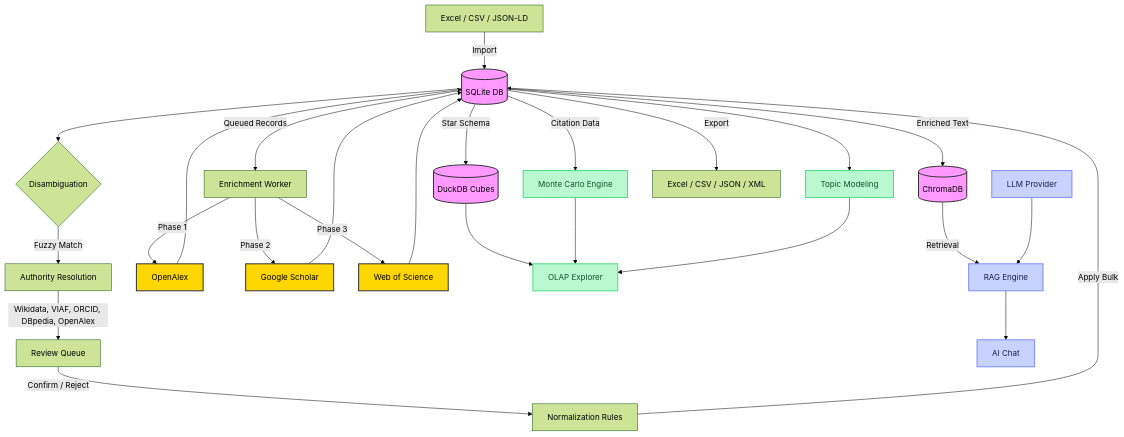
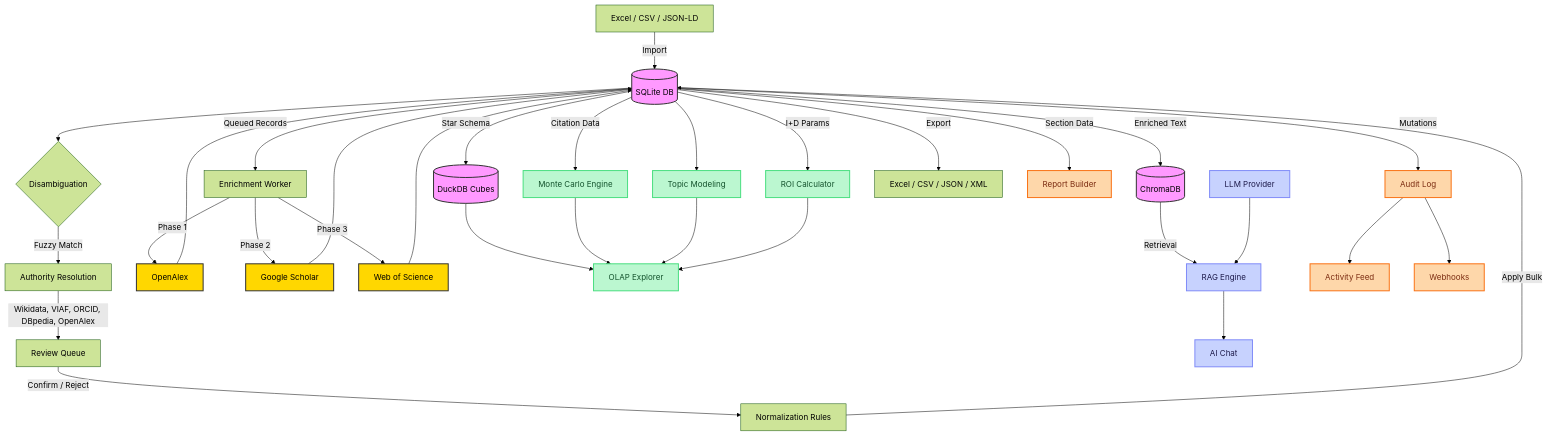
The diagram in README.md (keilynrp/Database-deambiguator), drawn with Mermaid (forest theme) before and after one commit. The commit also changed other lines of this file, not shown here.

First line of the commit message:
docs: update README to reflect sprints 20-37 (webhooks, ROI, reports, audit, responsive UI)

````diff
--- a/README.md
+++ b/README.md
@@ -168,38 +182,47 @@
 ```mermaid
 graph TD
     A[Excel / CSV / JSON-LD] -->|Import| B[(SQLite DB)]
     B --> C{Disambiguation}
     C -->|Fuzzy Match| D[Authority Resolution]
     D -->|Wikidata, VIAF, ORCID, DBpedia, OpenAlex| E[Review Queue]
     E -->|Confirm / Reject| F[Normalization Rules]
     F -->|Apply Bulk| B
 
     B -->|Queued Records| H[Enrichment Worker]
     H -->|Phase 1| I[OpenAlex]
     H -->|Phase 2| J[Google Scholar]
     H -->|Phase 3| K[Web of Science]
     I & J & K --> B
 
     B -->|Star Schema| OLAP[(DuckDB Cubes)]
     OLAP --> AN[OLAP Explorer]
     B -->|Citation Data| MC[Monte Carlo Engine]
     MC --> AN
     B --> TM[Topic Modeling]
     TM --> AN
+    B -->|I+D Params| ROI[ROI Calculator]
+    ROI --> AN
 
     B -->|Enriched Text| VDB[(ChromaDB)]
     VDB -->|Retrieval| RAG[RAG Engine]
     LLM[LLM Provider] --> RAG
     RAG --> CHAT[AI Chat]
 
+    B -->|Mutations| AUD[Audit Log]
+    AUD --> FEED[Activity Feed]
+    AUD --> WH[Webhooks]
+
     B -->|Export| G[Excel / CSV / JSON / XML]
+    B -->|Section Data| RPT[Report Builder]
 
     classDef db fill:#f9f,color:#000,stroke:#333,stroke-width:2px;
     class B,VDB,OLAP db;
     classDef api fill:#ffd700,color:#000,stroke:#333,stroke-width:2px;
     class I,J,K api;
     classDef ai fill:#c7d2fe,color:#1e1b4b,stroke:#818cf8,stroke-width:2px;
     class RAG,LLM,CHAT ai;
     classDef analytics fill:#bbf7d0,color:#14532d,stroke:#4ade80,stroke-width:2px;
-    class MC,AN,TM analytics;
+    class MC,AN,TM,ROI analytics;
+    classDef obs fill:#fed7aa,color:#7c2d12,stroke:#f97316,stroke-width:2px;
+    class AUD,FEED,WH,RPT obs;
 ```
````
